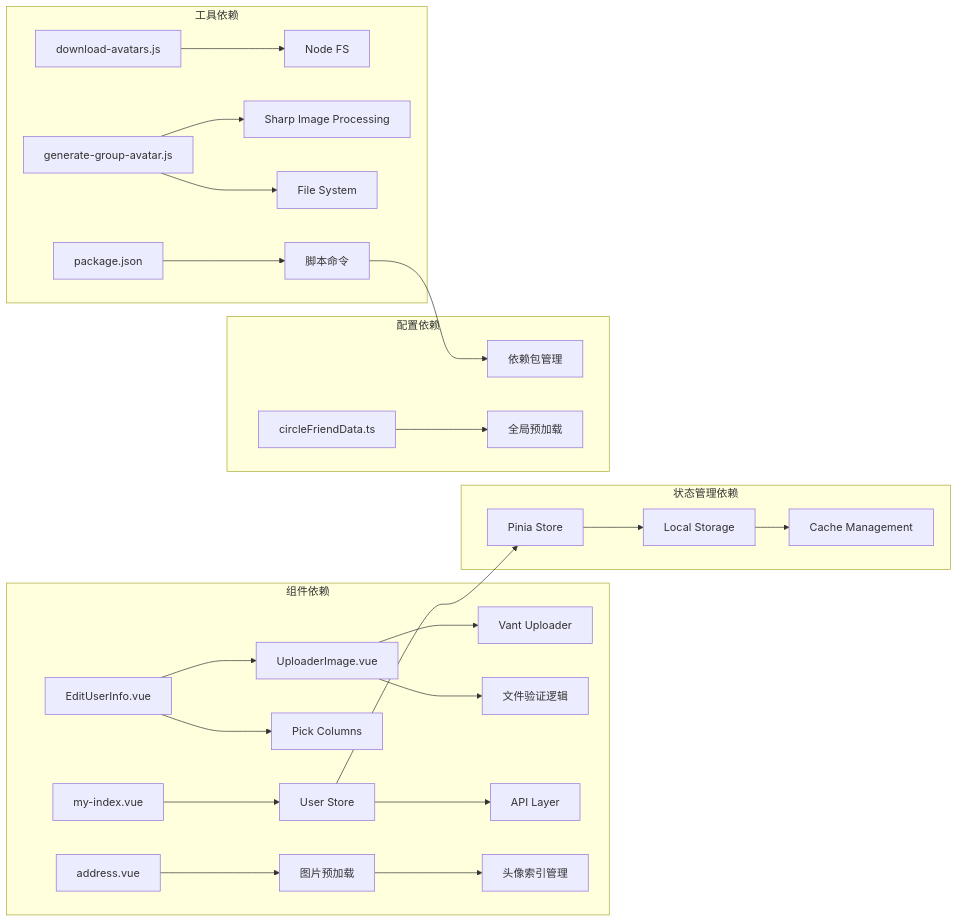
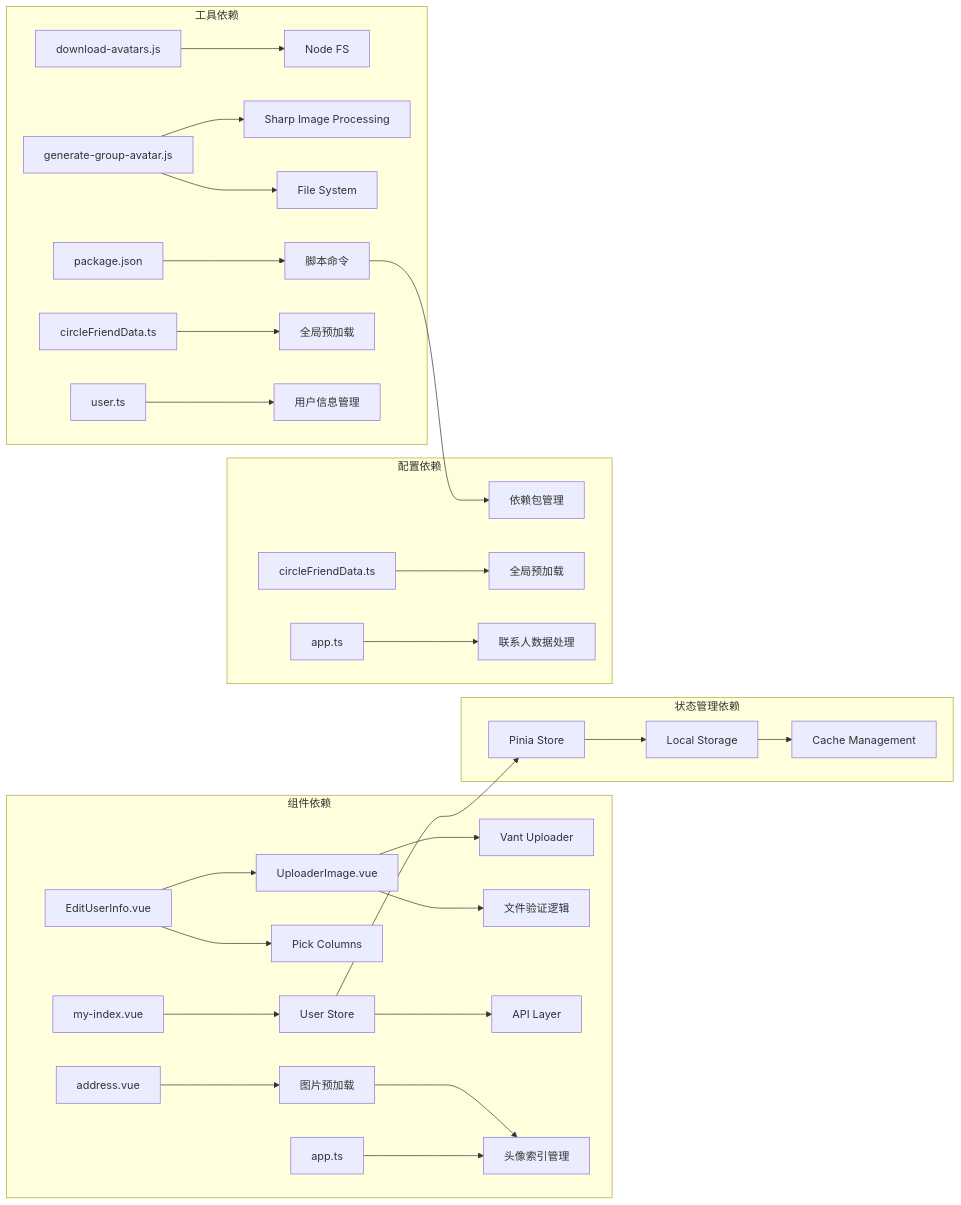
The tenth of 10 diagrams in .qoder/repowiki/zh/content/核心系统/头像管理系统.md (giserman001/vue3-vant4-mobile), drawn with Mermaid before and after one commit. The commit also changed other lines of this file and 3 other files, not shown here.

````diff
--- a/.qoder/repowiki/zh/content/核心系统/头像管理系统.md
+++ b/.qoder/repowiki/zh/content/核心系统/头像管理系统.md
@@ -354,28 +371,32 @@
 ```mermaid
 graph LR
 subgraph "组件依赖"
 A[UploaderImage.vue] --> B[Vant Uploader]
 A --> C[文件验证逻辑]
 D[EditUserInfo.vue] --> A
 D --> E[Pick Columns]
 F[my-index.vue] --> G[User Store]
 G --> H[API Layer]
 I[address.vue] --> J[图片预加载]
 J --> K[头像索引管理]
+L[app.ts] --> K
 end
 subgraph "状态管理依赖"
-G --> L[Pinia Store]
-L --> M[Local Storage]
-M --> N[Cache Management]
+G --> M[Pinia Store]
+M --> N[Local Storage]
+N --> O[Cache Management]
 end
 subgraph "工具依赖"
-O[download-avatars.js] --> P[Node FS]
-Q[generate-group-avatar.js] --> R[Sharp Image Processing]
-Q --> S[File System]
-T[package.json] --> U[脚本命令]
+P[download-avatars.js] --> Q[Node FS]
+R[generate-group-avatar.js] --> S[Sharp Image Processing]
+R --> T[File System]
+U[package.json] --> V[脚本命令]
+W[circleFriendData.ts] --> X[全局预加载]
+Y[user.ts] --> Z[用户信息管理]
 end
 subgraph "配置依赖"
-U --> V[依赖包管理]
-W[circleFriendData.ts] --> X[全局预加载]
+V --> AA[依赖包管理]
+AB[circleFriendData.ts] --> AC[全局预加载]
+AD[app.ts] --> AE[联系人数据处理]
 end
 ```
````
